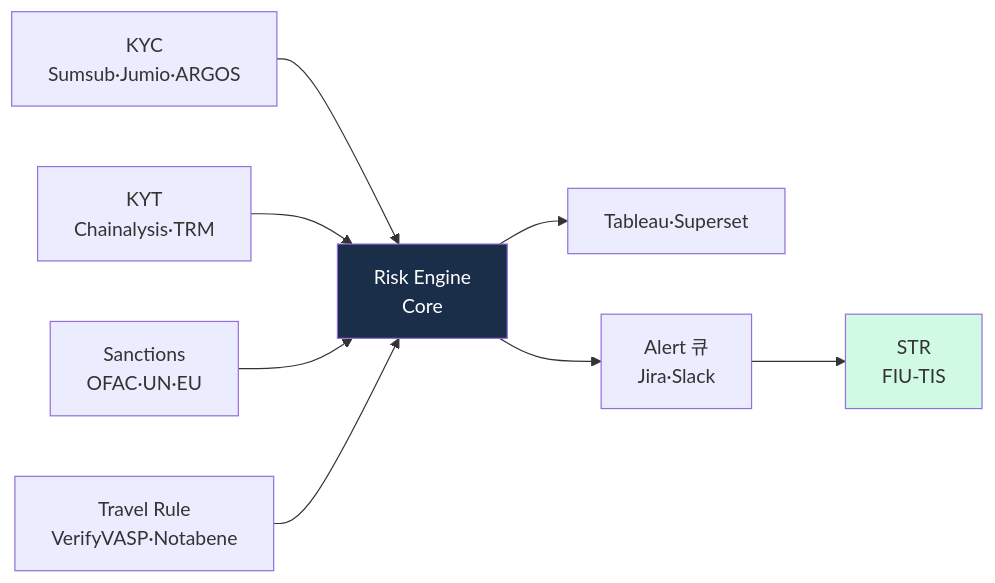
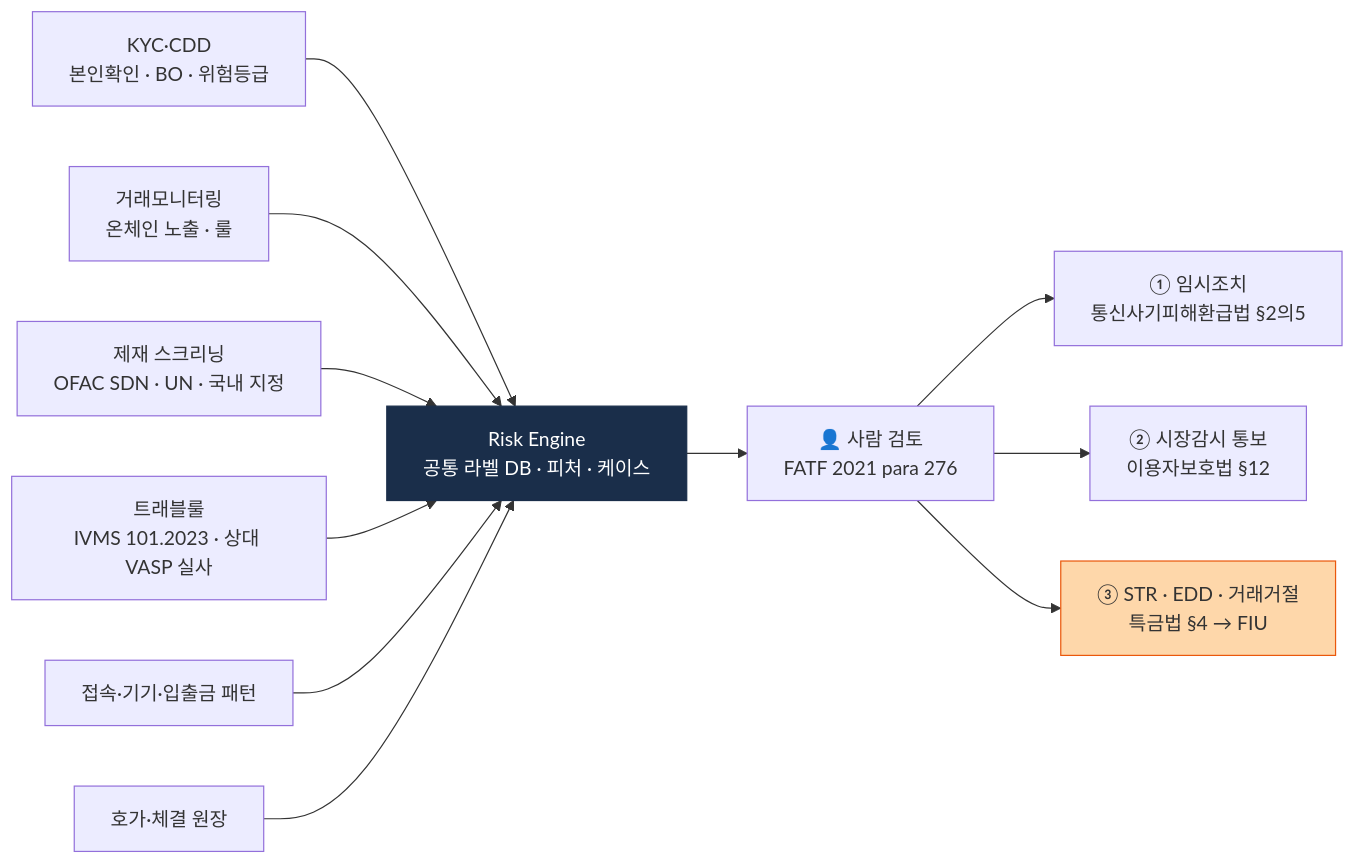
One commit to lala-david/aml-notes changed the second of 2 diagrams in curriculum/day_59.md. Above: the diagram before and after it, drawn with Mermaid. The commit also changed other lines of this file and 233 other files, not shown here.

````diff
--- a/curriculum/day_59.md
+++ b/curriculum/day_59.md
@@ -123,12 +126,15 @@
 ```mermaid
 flowchart LR
-    K[KYC<br/>Sumsub·Jumio·ARGOS] --> RE[Risk Engine<br/>Core]
-    KYT[KYT<br/>Chainalysis·TRM] --> RE
-    S[Sanctions<br/>OFAC·UN·EU] --> RE
-    TR[Travel Rule<br/>VerifyVASP·Notabene] --> RE
-    RE --> BI[Tableau·Superset]
-    RE --> AL[Alert 큐<br/>Jira·Slack]
-    AL --> STR[STR<br/>FIU-TIS]
-    style RE fill:#1a2e4a,color:#fff
-    style STR fill:#d1fae5
+    K["KYC·CDD<br/>본인확인 · BO · 위험등급"] --> RE["Risk Engine<br/>공통 라벨 DB · 피처 · 케이스"]
+    KYT["거래모니터링<br/>온체인 노출 · 룰"] --> RE
+    S["제재 스크리닝<br/>OFAC SDN · UN · 국내 지정"] --> RE
+    TR["트래블룰<br/>IVMS 101.2023 · 상대 VASP 실사"] --> RE
+    LOG["접속·기기·입출금 패턴"] --> RE
+    BOOK["호가·체결 원장"] --> RE
+    RE --> HUM["👤 사람 검토<br/>FATF 2021 para 276"]
+    HUM --> O1["① 임시조치<br/>통신사기피해환급법 §2의5"]
+    HUM --> O2["② 시장감시 통보<br/>이용자보호법 §12"]
+    HUM --> O3["③ STR · EDD · 거래거절<br/>특금법 §4 → FIU"]
+    style RE fill:#1a2e4a,color:#fff,stroke:#1a2e4a
+    style O3 fill:#fed7aa,stroke:#ea580c
 ```
````
